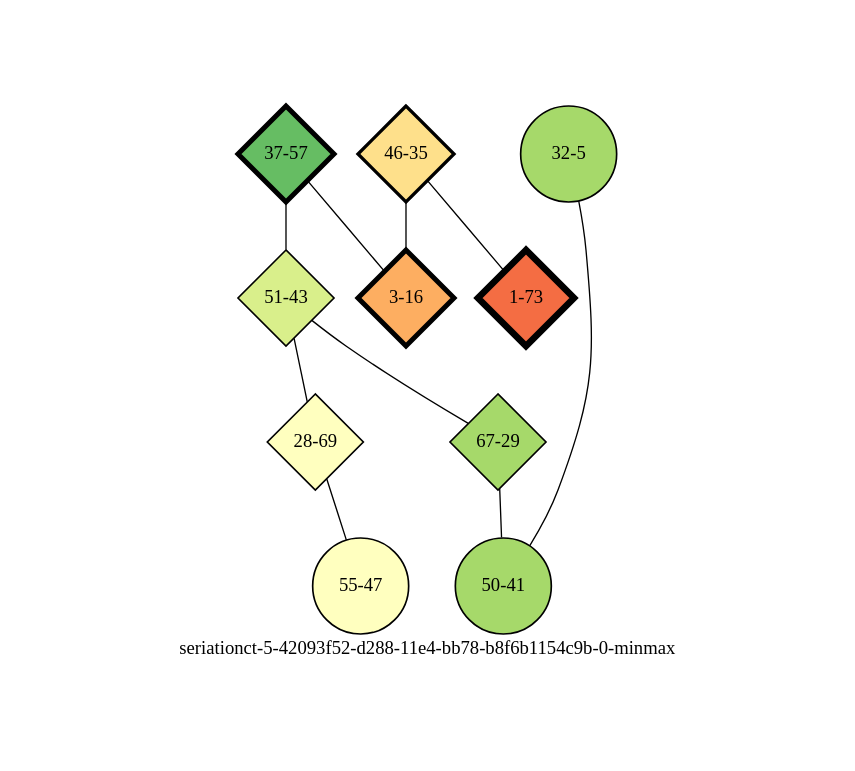
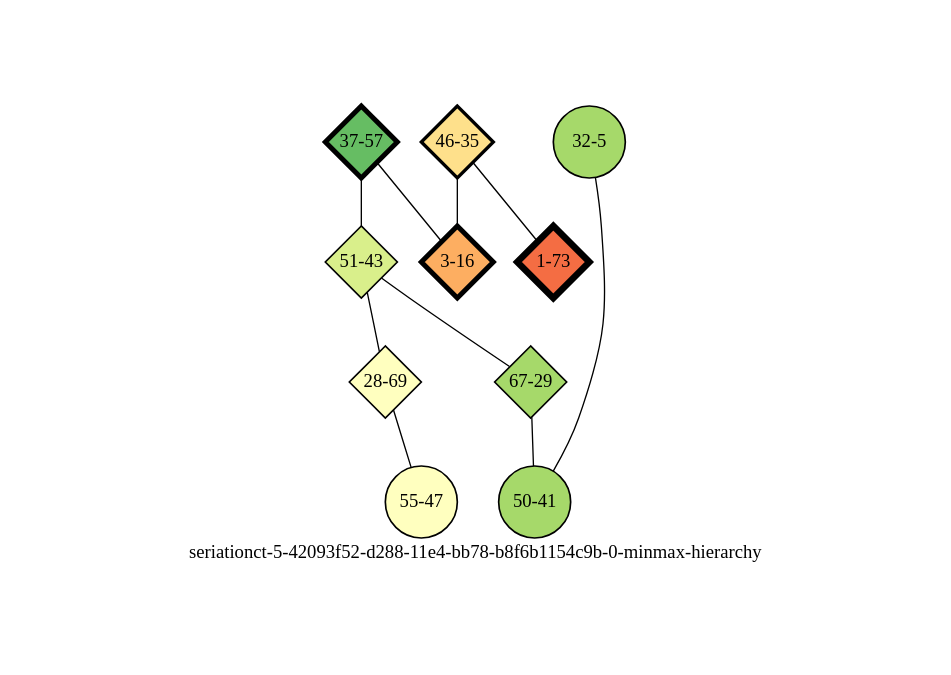
The diagram in experiments/seriationct-5/seriation-results/42093f52-d288-11e4-bb78-b8f6b1154c9b-0-sampled-0.3/42093f52-d288-11e4-bb78-b8f6b1154c9b-0-sampled-0.3-minmax-by-weight.png-annotated-hierarchy.dot (mmadsen/experiment-seriationct), drawn with Graphviz before and after one commit. The commit also changed 54 other files, not shown here.

```diff
--- a/experiments/seriationct-5/seriation-results/42093f52-d288-11e4-bb78-b8f6b1154c9b-0-sampled-0.3/42093f52-d288-11e4-bb78-b8f6b1154c9b-0-sampled-0.3-minmax-by-weight.png-annotated-hierarchy.dot
+++ b/experiments/seriationct-5/seriation-results/42093f52-d288-11e4-bb78-b8f6b1154c9b-0-sampled-0.3/42093f52-d288-11e4-bb78-b8f6b1154c9b-0-sampled-0.3-minmax-by-weight.png-annotated-hierarchy.dot
@@ -1,26 +1,26 @@
-strict graph "seriationct-5-42093f52-d288-11e4-bb78-b8f6b1154c9b-0-minmax" {
+strict graph "seriationct-5-42093f52-d288-11e4-bb78-b8f6b1154c9b-0-minmax-hierarchy" {
 labelloc=b;
 ratio=auto;
 pad="1.0";
-label="seriationct-5-42093f52-d288-11e4-bb78-b8f6b1154c9b-0-minmax";
-node [width=1, style=filled, fixedsize=true, height=1, shape=circle, label=""];
+label="seriationct-5-42093f52-d288-11e4-bb78-b8f6b1154c9b-0-minmax-hierarchy";
+node [width="0.75", style=filled, fixedsize=true, height="0.75", shape=circle, label=""];
 0 [xCoordinate="57.0", appears_in_slice=3, yCoordinate="37.0", level=child, colorscheme=rdylgn11, child_of=root, short_label="37-57", label="37-57", shape=diamond, fillcolor=9, size="1168.06409603", parent_node="assemblage-13-15", id=0, penwidth="3.75"];
 1 [xCoordinate="5.0", appears_in_slice=1, yCoordinate="32.0", level=grandchild, colorscheme=rdylgn11, child_of="assemblage-67-29", short_label="32-5", label="32-5", shape=circle, fillcolor=8, size="46.2980369906", parent_node="assemblage-67-29", id=2, penwidth="1.25"];
 2 [xCoordinate="43.0", appears_in_slice=1, yCoordinate="51.0", level=child, colorscheme=rdylgn11, child_of=root, short_label="51-43", label="51-43", shape=diamond, fillcolor=7, size="46.2980369906", parent_node="assemblage-13-15", id=1, penwidth="1.25"];
 3 [xCoordinate="29.0", appears_in_slice=1, yCoordinate="67.0", level=child, colorscheme=rdylgn11, child_of=root, short_label="67-29", label="67-29", shape=diamond, fillcolor=8, size="46.2980369906", parent_node="assemblage-13-15", id=9, penwidth="1.25"];
 4 [xCoordinate="69.0", appears_in_slice=1, yCoordinate="28.0", level=child, colorscheme=rdylgn11, child_of=root, short_label="28-69", label="28-69", shape=diamond, fillcolor=6, size="46.2980369906", parent_node="assemblage-13-15", id=3, penwidth="1.25"];
 5 [xCoordinate="47.0", appears_in_slice=1, yCoordinate="55.0", level=grandchild, colorscheme=rdylgn11, child_of="assemblage-28-69", short_label="55-47", label="55-47", shape=circle, fillcolor=6, size="46.2980369906", parent_node="assemblage-28-69", id=5, penwidth="1.25"];
 6 [xCoordinate="41.0", appears_in_slice=1, yCoordinate="50.0", level=grandchild, colorscheme=rdylgn11, child_of="assemblage-67-29", short_label="50-41", label="50-41", shape=circle, fillcolor=8, size="46.2980369906", parent_node="assemblage-67-29", id=4, penwidth="1.25"];
 7 [xCoordinate="35.0", appears_in_slice=2, yCoordinate="46.0", level=child, colorscheme=rdylgn11, child_of=root, short_label="46-35", label="46-35", shape=diamond, fillcolor=5, size="1174.8660963", parent_node="assemblage-13-15", id=7, penwidth="2.5"];
 8 [xCoordinate="16.0", appears_in_slice=3, yCoordinate="3.0", level=child, colorscheme=rdylgn11, child_of=root, short_label="3-16", label="3-16", shape=diamond, fillcolor=4, size="1168.06409603", parent_node="assemblage-13-15", id=8, penwidth="3.75"];
 9 [xCoordinate="73.0", appears_in_slice=4, yCoordinate="1.0", level=child, colorscheme=rdylgn11, child_of=root, short_label="1-73", label="1-73", shape=diamond, fillcolor=3, size="1211.21748969", parent_node="assemblage-13-15", id=6, penwidth="5.0"];
 0 -- 8  [inverseweight="64.5655095587", weight="0.015488145402"];
 0 -- 2  [inverseweight="1.21118984681", weight="0.825634397968"];
 1 -- 6  [inverseweight="4.60453331694", weight="0.217177275343"];
 2 -- 3  [inverseweight="1.96007535302", weight="0.510184467377"];
 2 -- 4  [inverseweight="1.59728384873", weight="0.626062800795"];
 3 -- 6  [inverseweight="1.98790367062", weight="0.503042483789"];
 4 -- 5  [inverseweight="4.30942393626", weight="0.232049576647"];
 7 -- 8  [inverseweight="11715.2475884", weight="8.53588447408e-05"];
 7 -- 9  [inverseweight="48609.3485659", weight="2.05721744788e-05"];
 }
```
